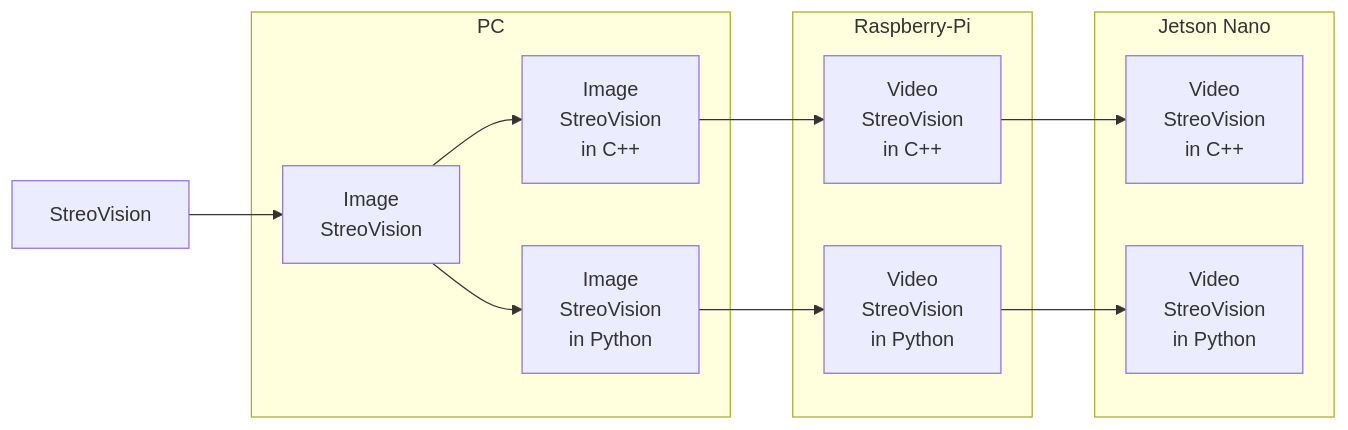
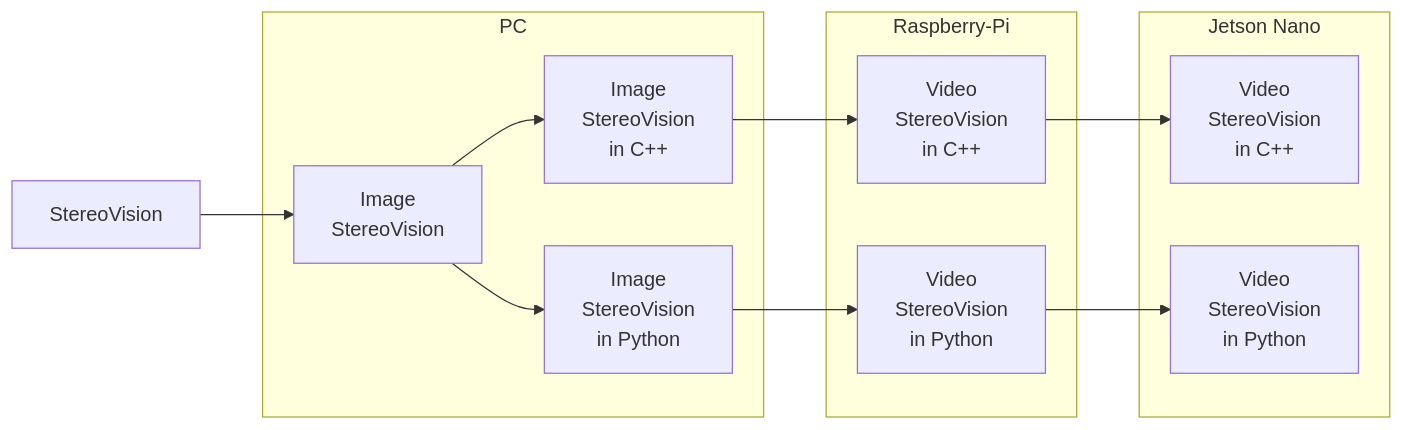
Before and after one commit to SagiK-Repository/StereoVision: the diagram in README.md, drawn with Mermaid. The commit also changed other lines of this file, not shown here.

Commit message:
Edit Streo to Stereo

````diff
--- a/README.md
+++ b/README.md
@@ -11,26 +11,26 @@
 ```mermaid
 flowchart LR
 
 subgraph G_1 ["PC"]
-A_1["Image<br>StreoVision"]
-B_1["Image<br>StreoVision<br> in C++"]
-C_1["Image<br>StreoVision<br> in Python"]
+A_1["Image<br>StereoVision"]
+B_1["Image<br>StereoVision<br> in C++"]
+C_1["Image<br>StereoVision<br> in Python"]
 end
 
 subgraph G_2 ["Raspberry-Pi"]
-B_2["Video<br>StreoVision<br> in C++"]
-C_2["Video<br>StreoVision<br> in Python"]
+B_2["Video<br>StereoVision<br> in C++"]
+C_2["Video<br>StereoVision<br> in Python"]
 end
 
 subgraph G_3 ["Jetson Nano"]
-B_3["Video<br>StreoVision<br> in C++"]
-C_3["Video<br>StreoVision<br> in Python"]
+B_3["Video<br>StereoVision<br> in C++"]
+C_3["Video<br>StereoVision<br> in Python"]
 end
 
 
-A_0["StreoVision"]-->A_1-->B_1 & C_1
+A_0["StereoVision"]-->A_1-->B_1 & C_1
 B_1 --> B_2 --> B_3
 C_1 --> C_2 --> C_3
 
 
 ```
````
